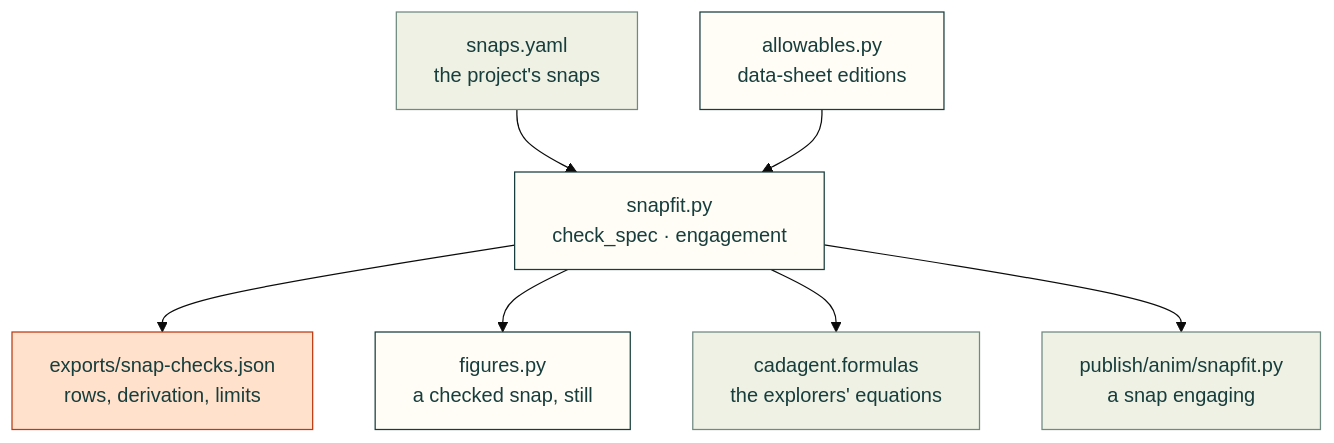
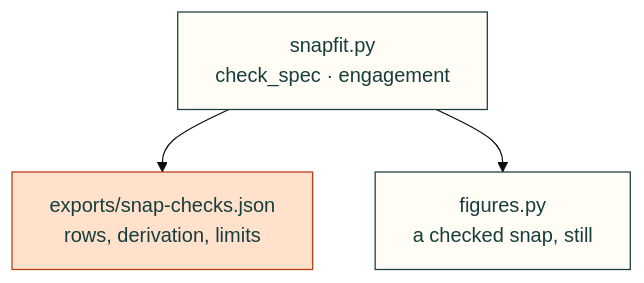
Before and after one commit to Valpatel/cad-agent: the second of 3 diagrams in software/cadagent/mechanical/compliant/README.md, drawn with Mermaid (base theme). The commit also changed other lines of this file and 26 other files, not shown here.

Commit message:
docs(repo): make published folder diagrams readable across screen sizes

````diff
--- a/software/cadagent/mechanical/compliant/README.md
+++ b/software/cadagent/mechanical/compliant/README.md
@@ -11,15 +29,13 @@
 ```mermaid
 flowchart TD
-    Y["snaps.yaml<br/>the project's snaps"] --> SF["snapfit.py<br/>check_spec · engagement"]
-    A["allowables.py<br/>data-sheet editions"] --> SF
-    SF --> J["exports/snap-checks.json<br/>rows, derivation, limits"]
-    SF --> FG["figures.py<br/>a checked snap, still"]
-    SF --> FM["cadagent.formulas<br/>the explorers' equations"]
-    SF --> AN["publish/anim/snapfit.py<br/>a snap engaging"]
+    SF["snapfit.py<br/>check_spec · engagement"]
+    J["exports/snap-checks.json<br/>rows, derivation, limits"]
+    FG["figures.py<br/>a checked snap, still"]
+    SF --> J
+    SF --> FG
     classDef here fill:#fffdf5,stroke:#173d3c,color:#173d3c
     classDef near fill:#eef1e4,stroke:#6f8a80,color:#173d3c
     classDef out fill:#ffe1cc,stroke:#bd3a12,color:#173d3c
-    class SF,A,FG here
-    class Y,FM,AN near
+    class SF,FG here
     class J out
 ```
````
